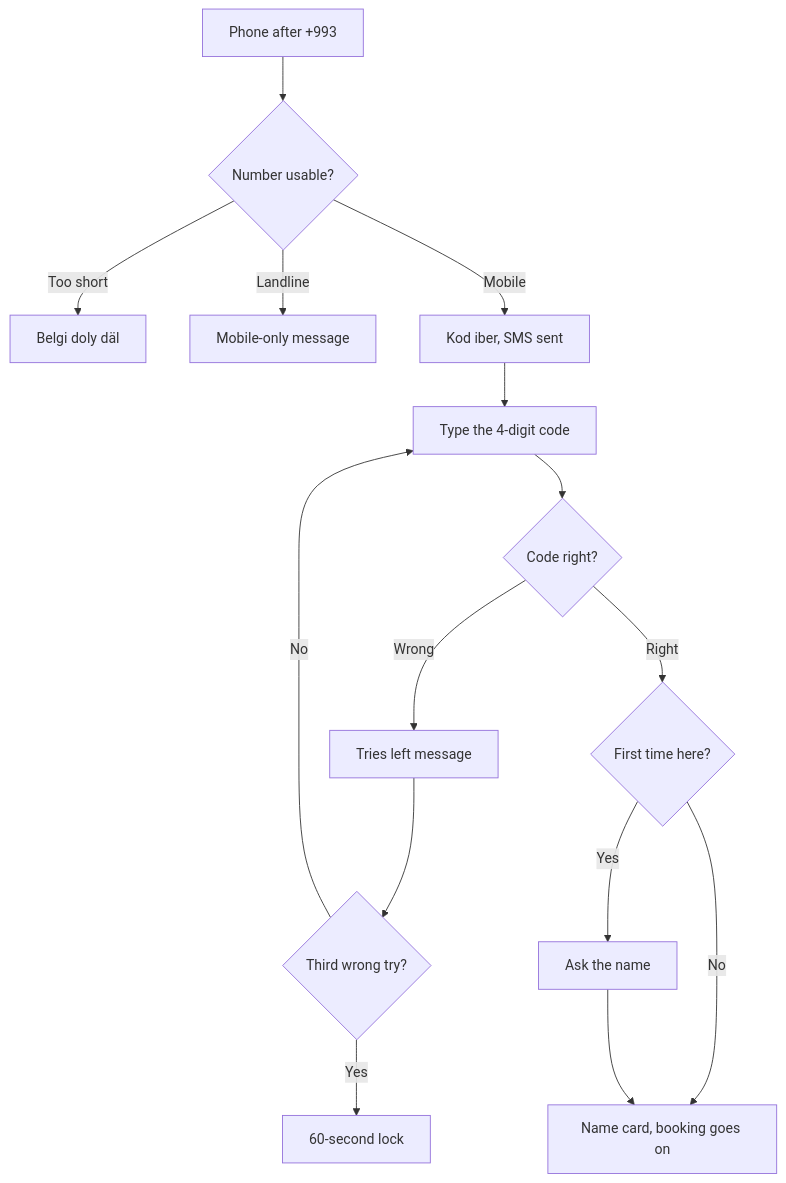
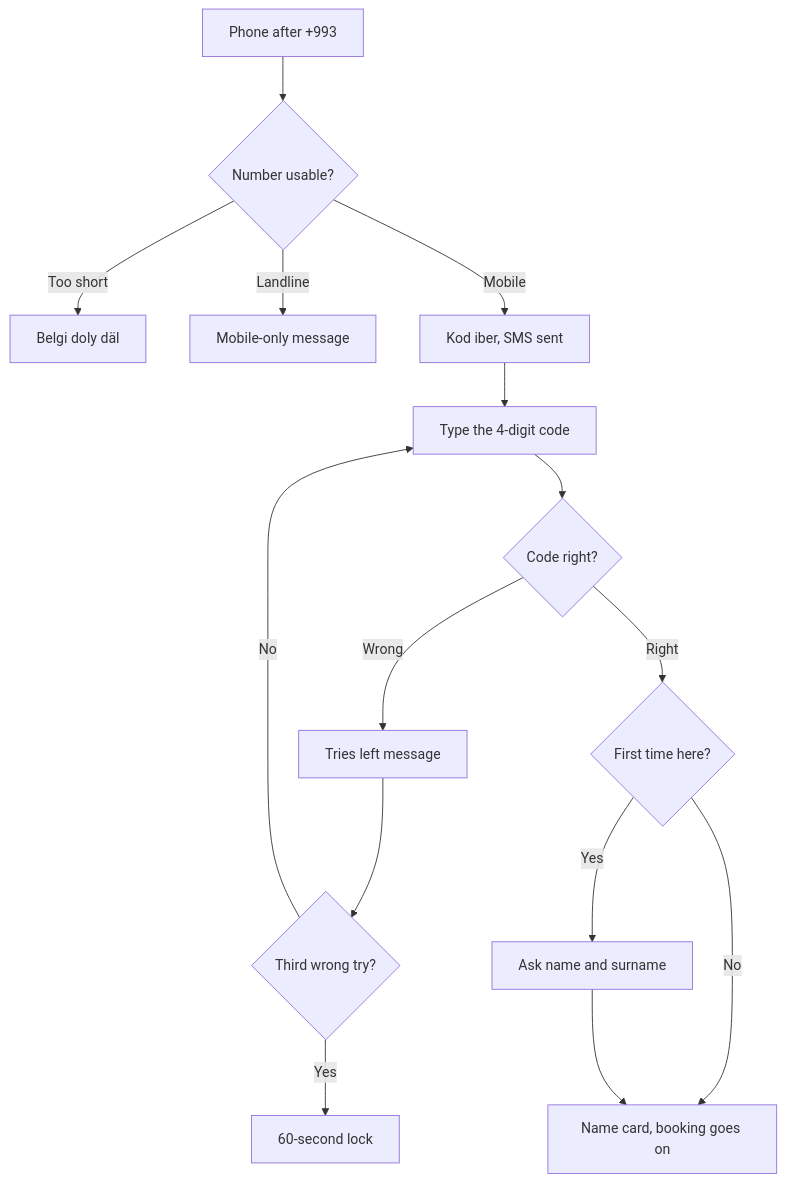
One commit to azamatos/yeral changed diagram 19 of 50 in docs/product/07a-flows-client.md. Above: the diagram before and after it, drawn with Mermaid. The commit also changed other lines of this file and 21 other files, not shown here.

````diff
--- a/docs/product/07a-flows-client.md
+++ b/docs/product/07a-flows-client.md
@@ -689,17 +701,17 @@
 ```mermaid
 flowchart TD
   A["Phone after +993"] --> B{"Number usable?"}
   B -->|"Too short"| C["Belgi doly däl"]
   B -->|"Landline"| D["Mobile-only message"]
   B -->|"Mobile"| E["Kod iber, SMS sent"]
   E --> F["Type the 4-digit code"]
   F --> G{"Code right?"}
   G -->|"Wrong"| H["Tries left message"]
   H --> I{"Third wrong try?"}
   I -->|"No"| F
   I -->|"Yes"| J["60-second lock"]
   G -->|"Right"| K{"First time here?"}
-  K -->|"Yes"| L["Ask the name"]
+  K -->|"Yes"| L["Ask name and surname"]
   K -->|"No"| M["Name card, booking goes on"]
   L --> M
 ```
````
